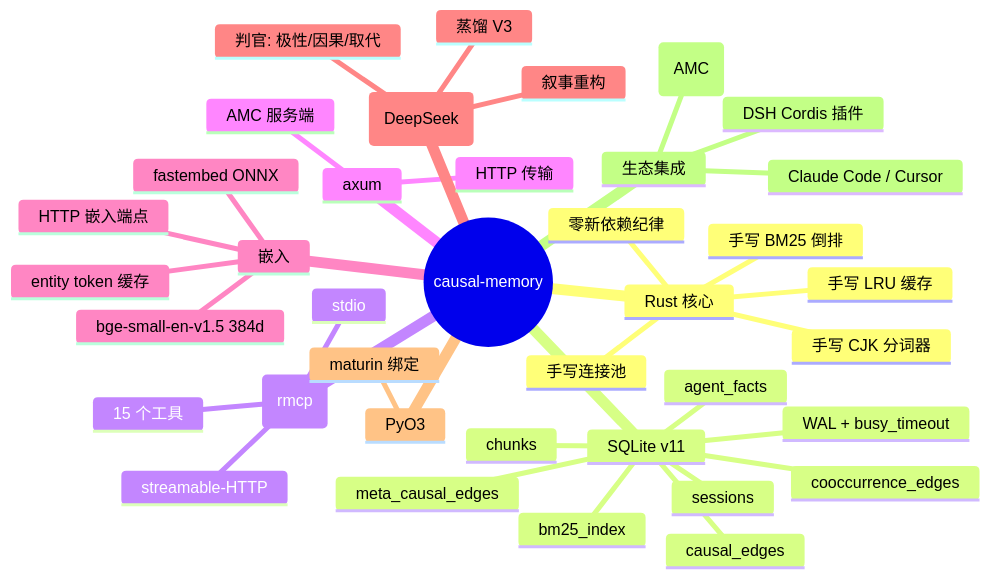
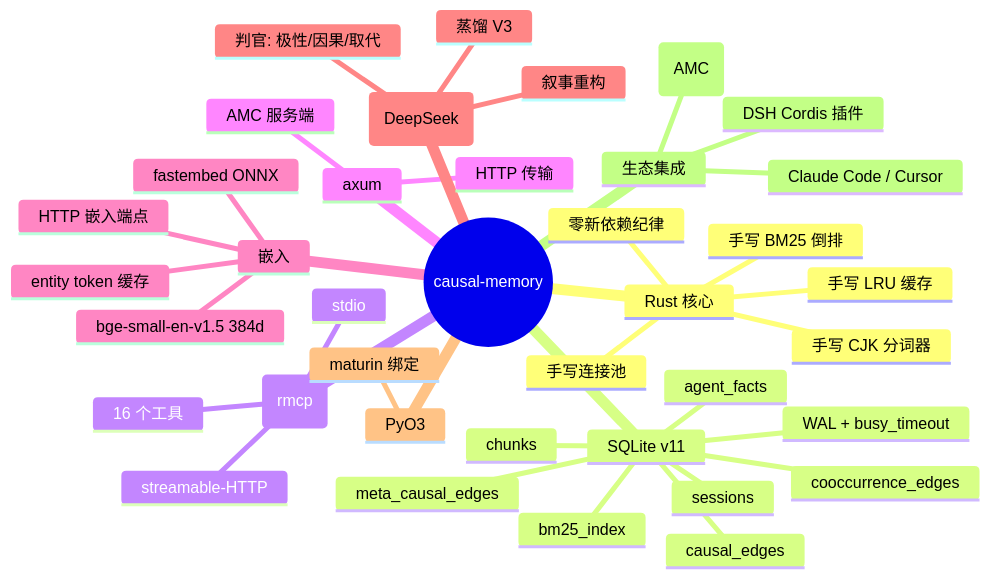
One commit to JingxuanC/causal-memory changed the first of 7 diagrams in docs/technologies.md. Above: the diagram before and after it, drawn with Mermaid. The commit also changed 1 other file, not shown here.

Commit message:
docs: 16 MCP tools; tick meta-edge invalidation + search_memory layering

````diff
--- a/docs/technologies.md
+++ b/docs/technologies.md
@@ -7,41 +7,41 @@
 ```mermaid
 mindmap
   root((causal-memory))
     Rust 核心
       零新依赖纪律
       手写连接池
       手写 BM25 倒排
       手写 CJK 分词器
       手写 LRU 缓存
     SQLite v11
       chunks
       causal_edges
       agent_facts
       meta_causal_edges
       cooccurrence_edges
       sessions
       bm25_index
       WAL + busy_timeout
     MCP (rmcp)
-      15 个工具
+      16 个工具
       stdio
       streamable-HTTP
     axum
       HTTP 传输
       AMC 服务端
     嵌入
       fastembed ONNX
       bge-small-en-v1.5 384d
       HTTP 嵌入端点
       entity token 缓存
     LLM (DeepSeek)
       判官: 极性/因果/取代
       蒸馏 V3
       叙事重构
     PyO3
       maturin 绑定
     生态集成
       DSH Cordis 插件
       Claude Code / Cursor
       Docker (AMC)
 ```
````
